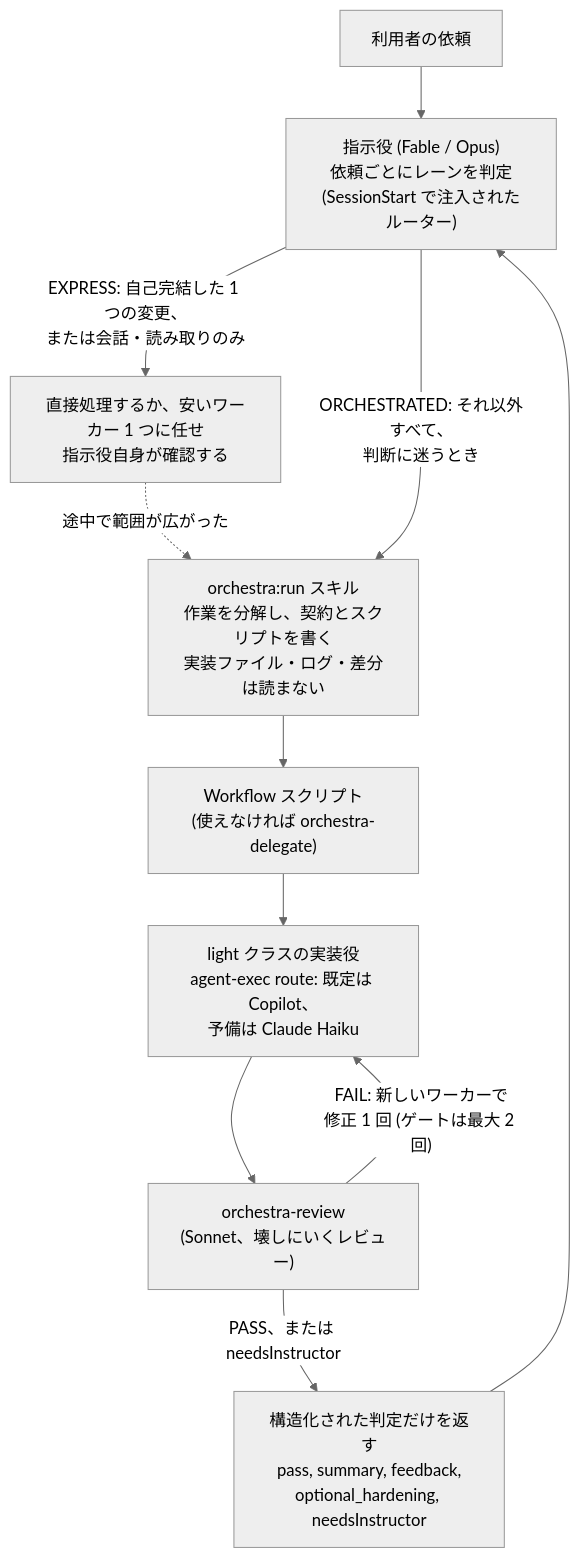
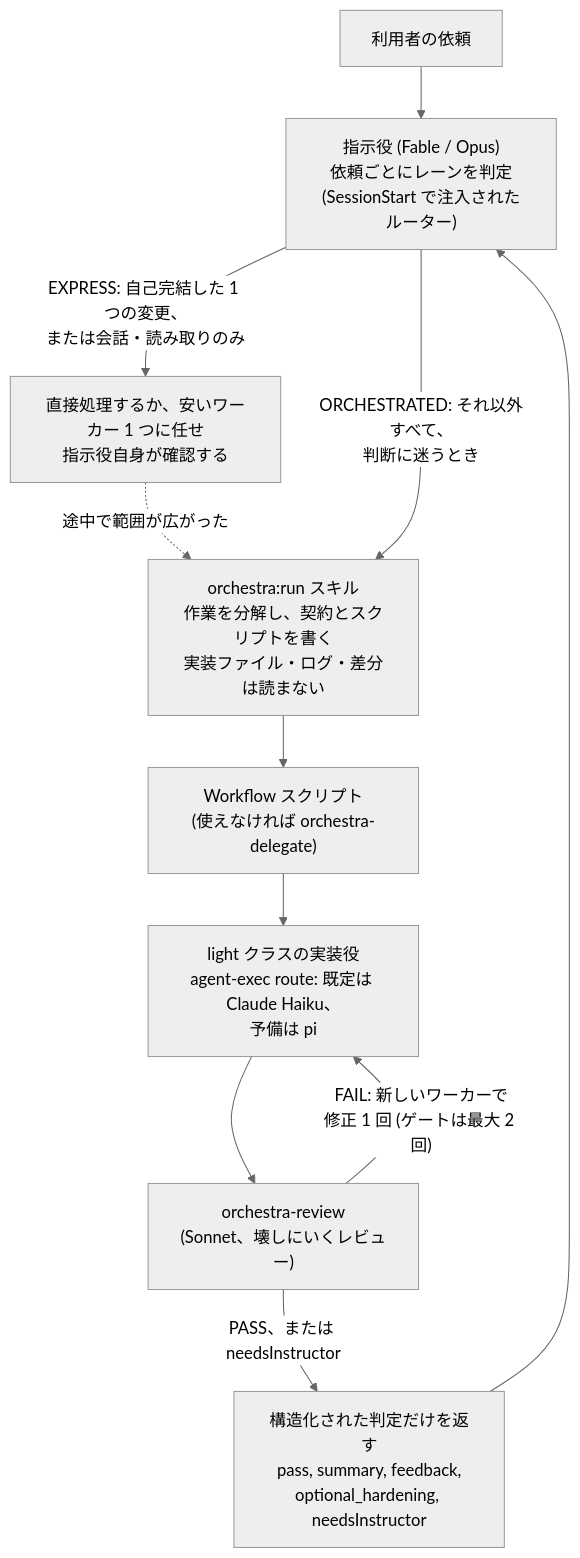
The diagram in plugins/orchestra/README.ja.md (yacchi/claude-plugins), drawn with Mermaid (neutral theme) before and after one commit. The commit also changed other lines of this file and 33 other files, not shown here.

````diff
--- a/plugins/orchestra/README.ja.md
+++ b/plugins/orchestra/README.ja.md
@@ -13,13 +13,13 @@
 ```mermaid
 flowchart TD
     U["利用者の依頼"] --> I["指示役 (Fable / Opus)<br/>依頼ごとにレーンを判定<br/>(SessionStart で注入されたルーター)"]
     I -->|"EXPRESS: 自己完結した 1 つの変更、<br/>または会話・読み取りのみ"| E["直接処理するか、安いワーカー 1 つに任せ<br/>指示役自身が確認する"]
     E -.->|"途中で範囲が広がった"| O
     I -->|"ORCHESTRATED: それ以外すべて、<br/>判断に迷うとき"| O["orchestra:run スキル<br/>作業を分解し、契約とスクリプトを書く<br/>実装ファイル・ログ・差分は読まない"]
     O --> W["Workflow スクリプト<br/>(使えなければ orchestra-delegate)"]
-    W --> L["light クラスの実装役<br/>agent-exec route: 既定は Copilot、<br/>予備は Claude Haiku"]
+    W --> L["light クラスの実装役<br/>agent-exec route: 既定は Claude Haiku、<br/>予備は pi"]
     L --> R["orchestra-review<br/>(Sonnet、壊しにいくレビュー)"]
     R -->|"FAIL: 新しいワーカーで<br/>修正 1 回 (ゲートは最大 2 回)"| L
     R -->|"PASS、または needsInstructor"| V["構造化された判定だけを返す<br/>pass, summary, feedback,<br/>optional_hardening, needsInstructor"]
     V --> I
 ```
````
